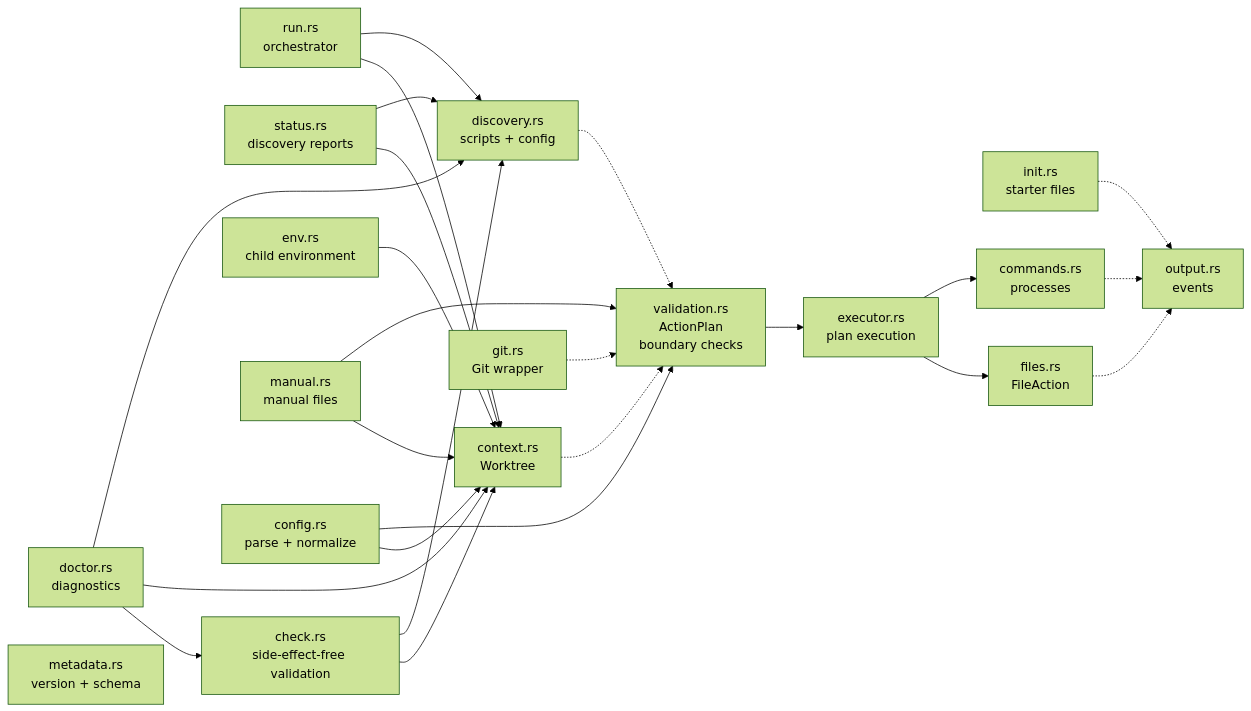
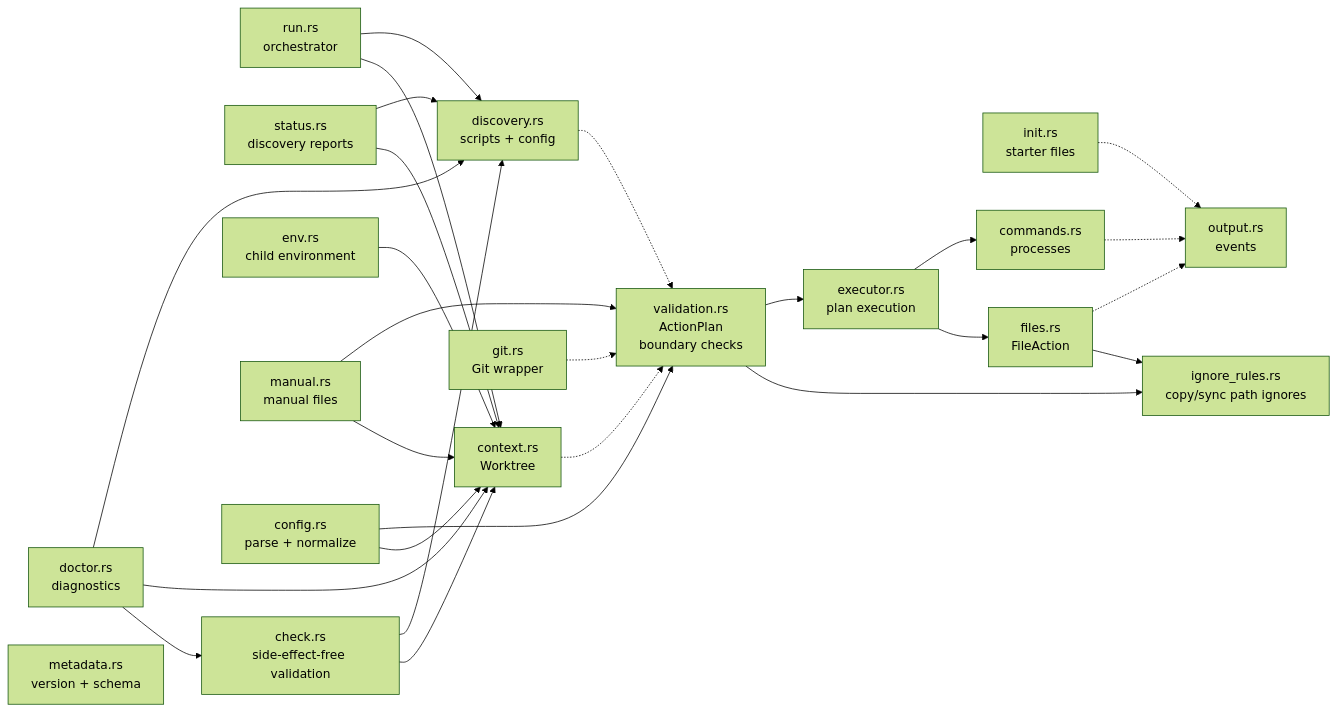
Before and after one commit to jimeh/treeboot: the fifth of 5 diagrams in docs/ARCHITECTURE.md, drawn with Mermaid (forest theme). The commit also changed other lines of this file and 4 other files, not shown here.

First line of the commit message:
docs: clarify architecture guidance ownership (#72)

````diff
--- a/docs/ARCHITECTURE.md
+++ b/docs/ARCHITECTURE.md
@@ -178,44 +178,47 @@
 ```mermaid
 flowchart LR
   RUN["run.rs<br/>orchestrator"]
   STATUS["status.rs<br/>discovery reports"]
   CHECK["check.rs<br/>side-effect-free validation"]
   DOCTOR["doctor.rs<br/>diagnostics"]
   ENV["env.rs<br/>child environment"]
   MANUAL["manual.rs<br/>manual files"]
   CONFIG["config.rs<br/>parse + normalize"]
   INIT["init.rs<br/>starter files"]
   META["metadata.rs<br/>version + schema"]
   CONTEXT["context.rs<br/>Worktree"]
   DISC["discovery.rs<br/>scripts + config"]
   GIT["git.rs<br/>Git wrapper"]
+  IGNORE["ignore_rules.rs<br/>copy/sync path ignores"]
   EXEC["executor.rs<br/>plan execution"]
   VALID["validation.rs<br/>ActionPlan<br/>boundary checks"]
   FILES["files.rs<br/>FileAction"]
   CMDS["commands.rs<br/>processes"]
   OUT["output.rs<br/>events"]
 
   RUN --> CONTEXT
   RUN --> DISC
   STATUS --> CONTEXT
   STATUS --> DISC
   CHECK --> CONTEXT
   CHECK --> DISC
   DOCTOR --> CHECK
   DOCTOR --> CONTEXT
   DOCTOR --> DISC
   ENV --> CONTEXT
   MANUAL --> CONTEXT
   CONFIG --> CONTEXT
   CONTEXT -.-> VALID
   DISC -.-> VALID
   GIT -.-> VALID
   CONFIG --> VALID
   MANUAL --> VALID
+  VALID --> IGNORE
+  FILES --> IGNORE
   VALID --> EXEC
   EXEC --> FILES
   EXEC --> CMDS
   INIT -.-> OUT
   FILES -.-> OUT
   CMDS -.-> OUT
 ```
````
